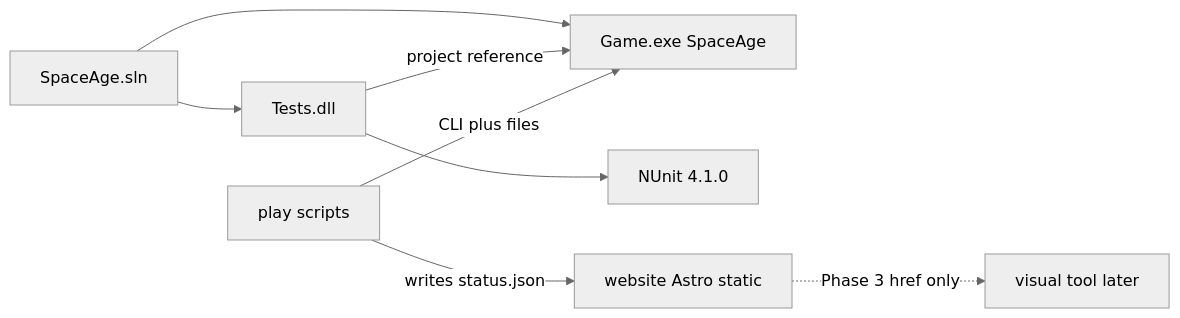
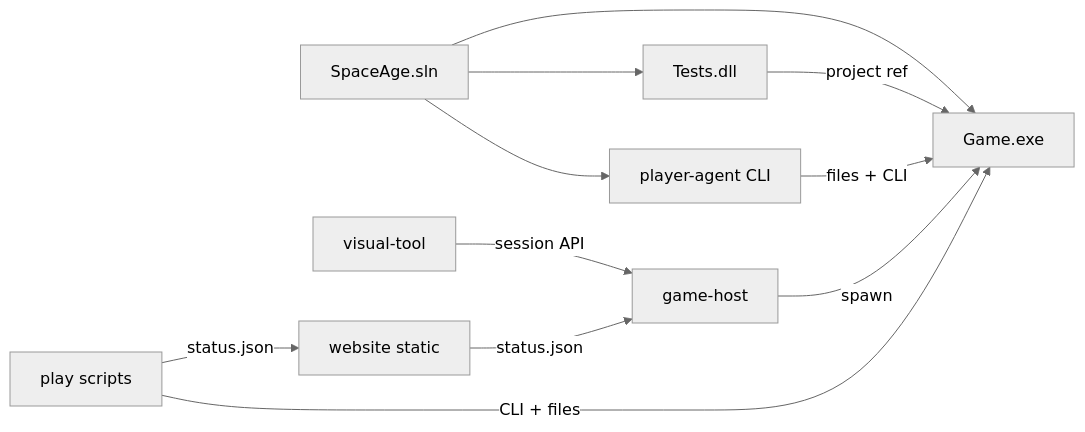
One commit to sentinemodo/SpaceAge-2024 changed the diagram in architecture/dependencies/repo-map.md. Above: the diagram before and after it, drawn with Mermaid (neutral theme). The commit also changed other lines of this file and 87 other files, not shown here.

First line of the commit message:
Open beta 0.8.001: consolidate docs hub, refresh architecture, and align agents.

````diff
--- a/architecture/dependencies/repo-map.md
+++ b/architecture/dependencies/repo-map.md
@@ -9,12 +9,14 @@
 ```mermaid
 flowchart LR
   sln[SpaceAge.sln]
-  sln --> game[Game.exe SpaceAge]
+  sln --> game[Game.exe]
   sln --> tests[Tests.dll]
-  tests -->|project reference| game
-  tests --> nunit[NUnit 4.1.0]
-  play[play scripts]
-  play -->|CLI plus files| game
-  play -->|writes status.json| site[website Astro static]
-  site -.->|Phase 3 href only| visual[visual tool later]
+  sln --> pa[player-agent CLI]
+  tests -->|project ref| game
+  pa -->|files + CLI| game
+  gh[game-host] -->|spawn| game
+  vt[visual-tool] -->|session API| gh
+  web[website static] -->|status.json| gh
+  play[play scripts] -->|CLI + files| game
+  play -->|status.json| web
 ```
````
